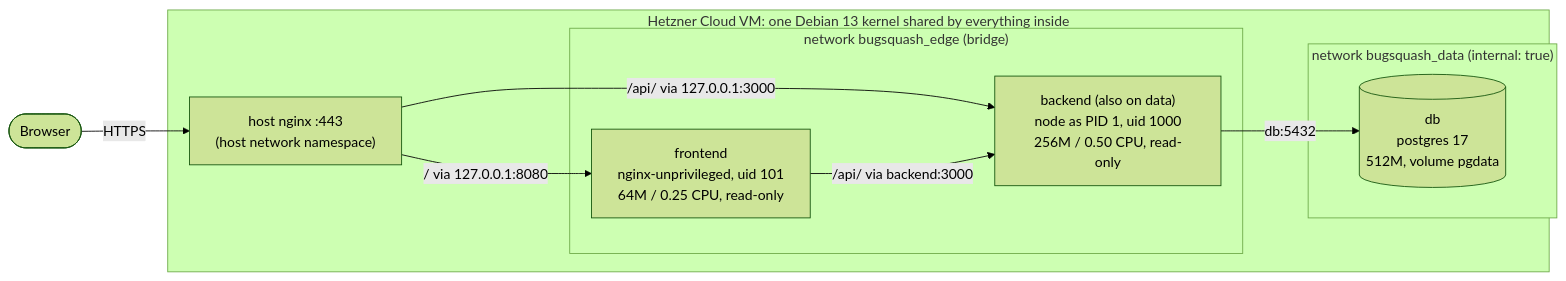
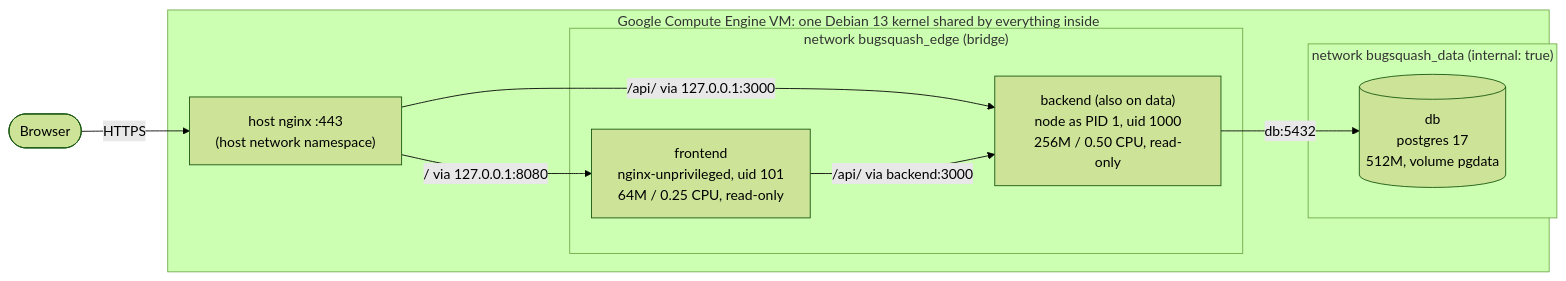
The fifth of 5 diagrams in docs/containers-deep-dive.md (Ahmet-Kaplan/DevOps_course), drawn with Mermaid (forest theme) before and after one commit. The commit also changed other lines of this file and 1 other file, not shown here.

First line of the commit message:
docs: update README and lecture notes for Google Cloud

````diff
--- a/docs/containers-deep-dive.md
+++ b/docs/containers-deep-dive.md
@@ -1248,19 +1253,19 @@
 ```mermaid
 flowchart LR
     Browser(["Browser"])
-    subgraph HOST["Hetzner Cloud VM: one Debian 13 kernel shared by everything inside"]
+    subgraph HOST["Google Compute Engine VM: one Debian 13 kernel shared by everything inside"]
         HN["host nginx :443<br/>(host network namespace)"]
         subgraph EDGE["network bugsquash_edge (bridge)"]
             FE["frontend<br/>nginx-unprivileged, uid 101<br/>64M / 0.25 CPU, read-only"]
             BE["backend (also on data)<br/>node as PID 1, uid 1000<br/>256M / 0.50 CPU, read-only"]
         end
         subgraph DATA["network bugsquash_data (internal: true)"]
             DB[("db<br/>postgres 17<br/>512M, volume pgdata")]
         end
     end
     Browser -->|"HTTPS"| HN
     HN -->|"/api/ via 127.0.0.1:3000"| BE
     HN -->|"/ via 127.0.0.1:8080"| FE
     FE -->|"/api/ via backend:3000"| BE
     BE -->|"db:5432"| DB
 ```
````
